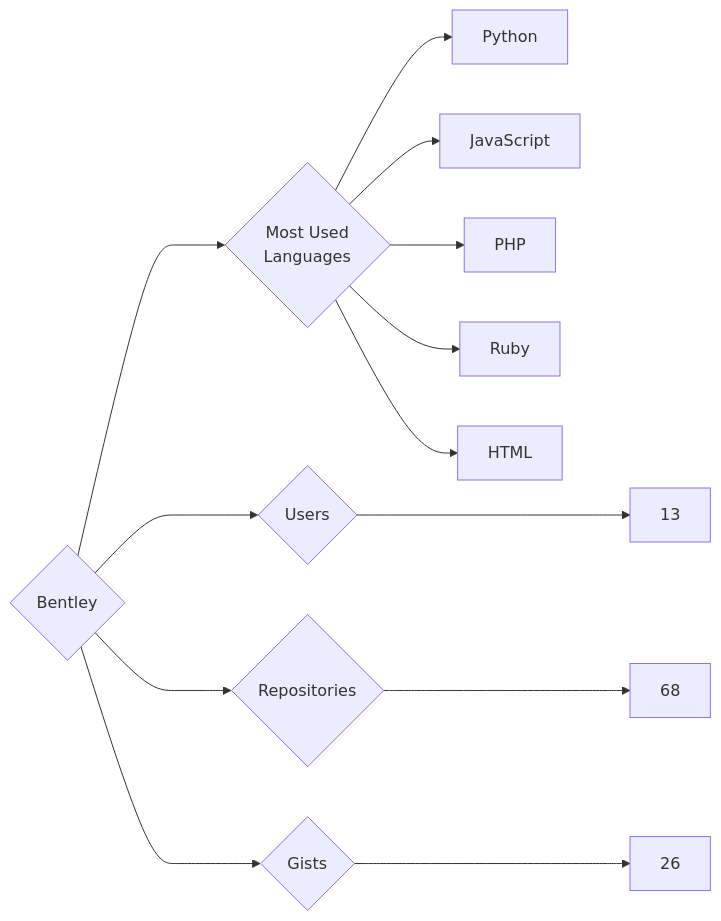
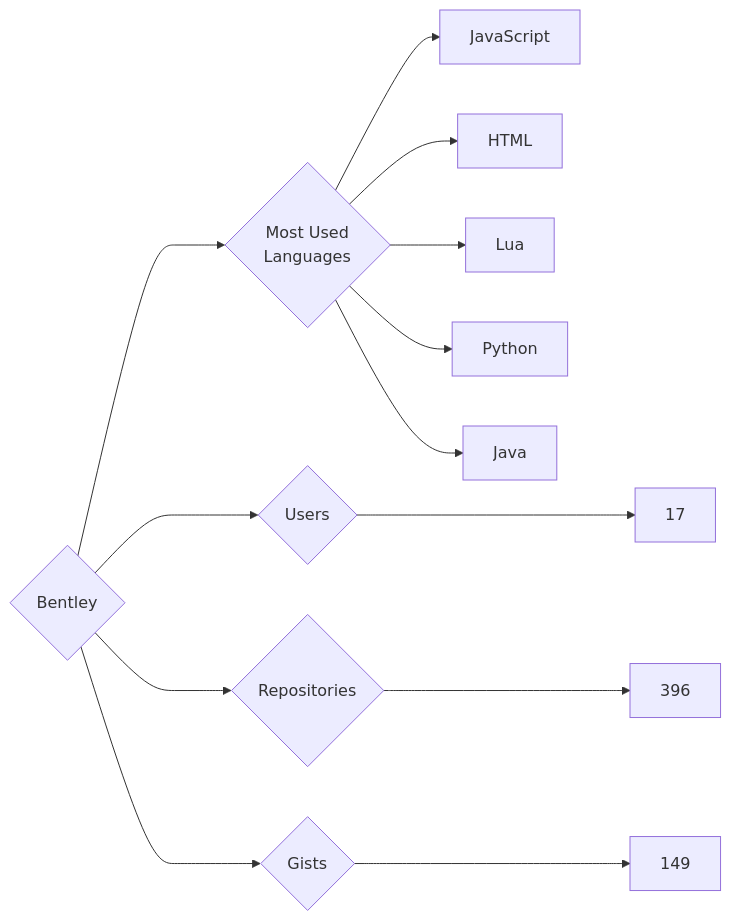
One commit to trickest/insiders changed the diagram in targets/Bentley/README.md. Above: the diagram before and after it, drawn with Mermaid. The commit also changed 657 other files, not shown here.

````diff
--- a/targets/Bentley/README.md
+++ b/targets/Bentley/README.md
@@ -3,13 +3,13 @@
 ```mermaid
 graph LR
 COMPANY_NAME{Bentley}
-COMPANY_NAME ---> U{Users} ---> UN[13]
-COMPANY_NAME ---> R{Repositories} ---> RN[68]
-COMPANY_NAME ---> G{Gists} ---> GN[26]
+COMPANY_NAME ---> U{Users} ---> UN[17]
+COMPANY_NAME ---> R{Repositories} ---> RN[396]
+COMPANY_NAME ---> G{Gists} ---> GN[149]
 COMPANY_NAME ---> ML{Most Used<br>Languages}
+ML --> JavaScript[JavaScript]
+ML --> HTML[HTML]
+ML --> Lua[Lua]
 ML --> Python[Python]
-ML --> JavaScript[JavaScript]
-ML --> PHP[PHP]
-ML --> Ruby[Ruby]
-ML --> HTML[HTML]
+ML --> Java[Java]
 ```
````
